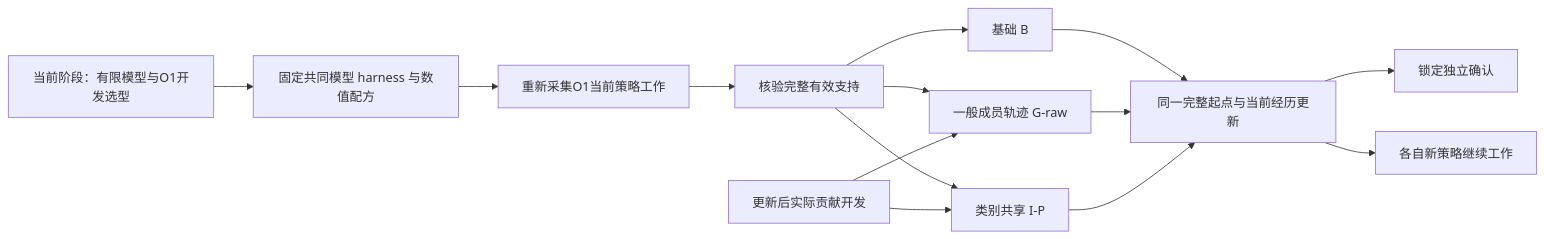
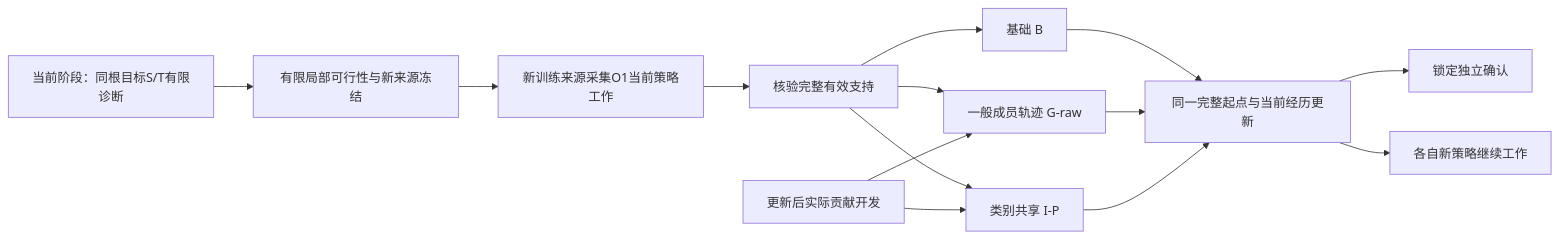
Before and after one commit to haoyueliuzhao/ProWorkSim: the diagram in docs/research/id-vtdo.md, drawn with Mermaid. The commit also changed other lines of this file and 18 other files, not shown here.

````diff
--- a/docs/research/id-vtdo.md
+++ b/docs/research/id-vtdo.md
@@ -39,16 +44,16 @@
 ```mermaid
 flowchart LR
-  SELECT[当前阶段：有限模型与O1开发选型] --> FIX[固定共同模型 harness 与数值配方]
-  FIX --> WORK[重新采集O1当前策略工作]
+  SELECT[当前阶段：同根目标S/T有限诊断] --> FIX[有限局部可行性与新来源冻结]
+  FIX --> WORK[新训练来源采集O1当前策略工作]
   WORK --> SUPPORT[核验完整有效支持]
   SUPPORT --> B[基础 B]
   SUPPORT --> G[一般成员轨迹 G-raw]
   SUPPORT --> I[类别共享 I-P]
   DEV[更新后实际贡献开发] --> G
   DEV --> I
   B --> UPDATE[同一完整起点与当前经历更新]
   G --> UPDATE
   I --> UPDATE
   UPDATE --> TEST[锁定独立确认]
   UPDATE --> NEXT[各自新策略继续工作]
 ```
````
